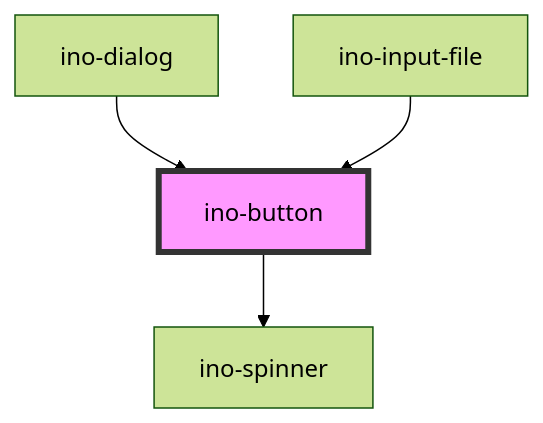
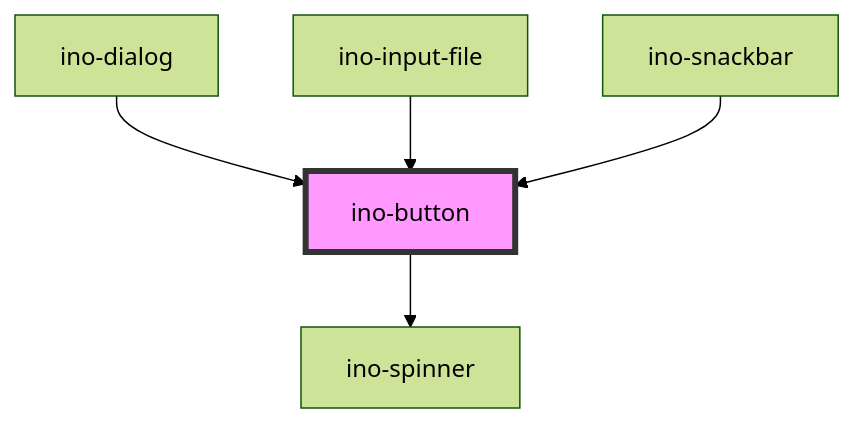
One commit to inovex/elements changed the diagram in packages/elements/src/components/ino-button/readme.md. Above: the diagram before and after it, drawn with Mermaid (forest theme). The commit also changed other lines of this file and 9 other files, not shown here.

Commit message:
feat(elements|ino-snackbar): improve accessibility for all snackbar variants

````diff
--- a/packages/elements/src/components/ino-button/readme.md
+++ b/packages/elements/src/components/ino-button/readme.md
@@ -45,7 +46,8 @@
 ```mermaid
 graph TD;
   ino-button --> ino-spinner
   ino-dialog --> ino-button
   ino-input-file --> ino-button
+  ino-snackbar --> ino-button
   style ino-button fill:#f9f,stroke:#333,stroke-width:4px
 ```
````
